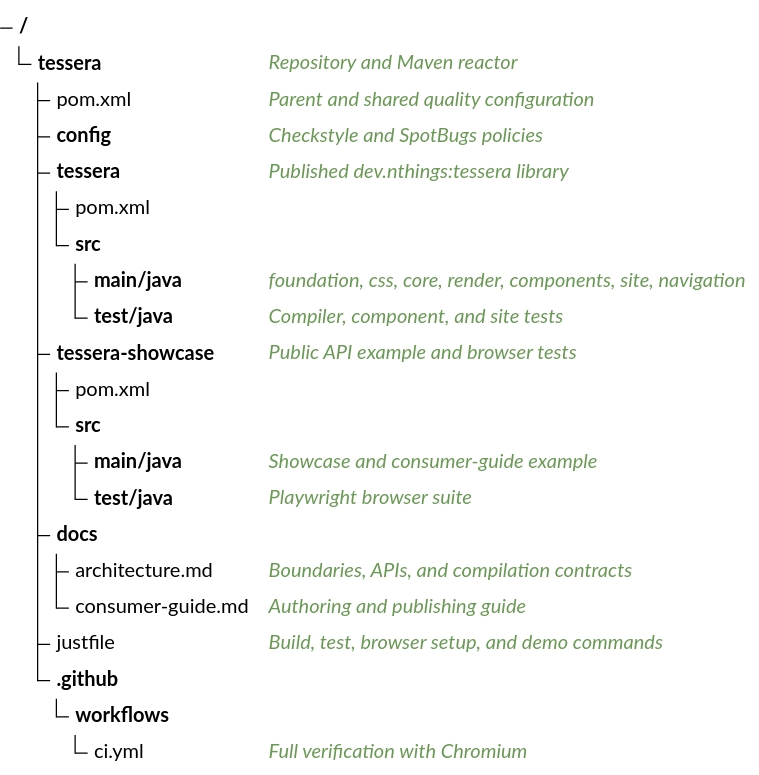
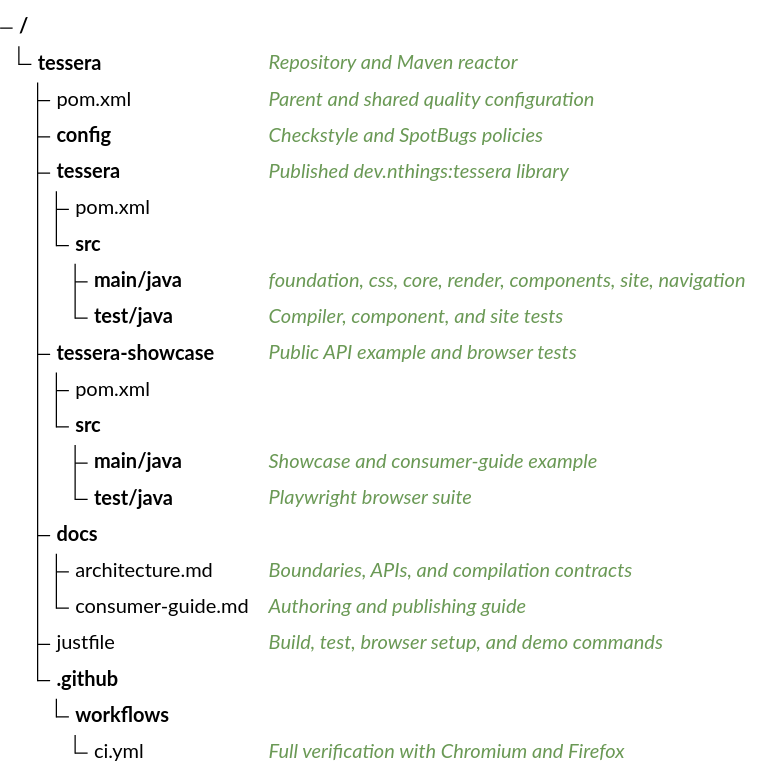
The second of 2 diagrams in README.md (thiagogcm/tessera), drawn with Mermaid before and after one commit. The commit also changed other lines of this file and 61 other files, not shown here.

````diff
--- a/README.md
+++ b/README.md
@@ -205,23 +209,23 @@
 ```mermaid
 treeView-beta
     tessera/ ## Repository and Maven reactor
         pom.xml ## Parent and shared quality configuration
         config/ ## Checkstyle and SpotBugs policies
         tessera/ ## Published dev.nthings:tessera library
             pom.xml
             src/
                 main/java/ ## foundation, css, core, render, components, site, navigation
                 test/java/ ## Compiler, component, and site tests
         tessera-showcase/ ## Public API example and browser tests
             pom.xml
             src/
                 main/java/ ## Showcase and consumer-guide example
                 test/java/ ## Playwright browser suite
         docs/
             architecture.md ## Boundaries, APIs, and compilation contracts
             consumer-guide.md ## Authoring and publishing guide
         justfile ## Build, test, browser setup, and demo commands
         .github/
             workflows/
-                ci.yml ## Full verification with Chromium
+                ci.yml ## Full verification with Chromium and Firefox
 ```
````
